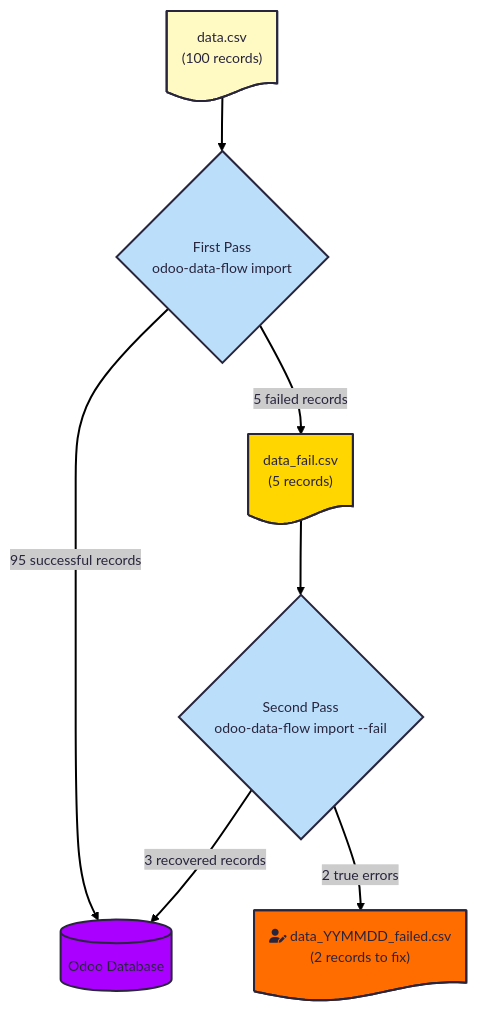
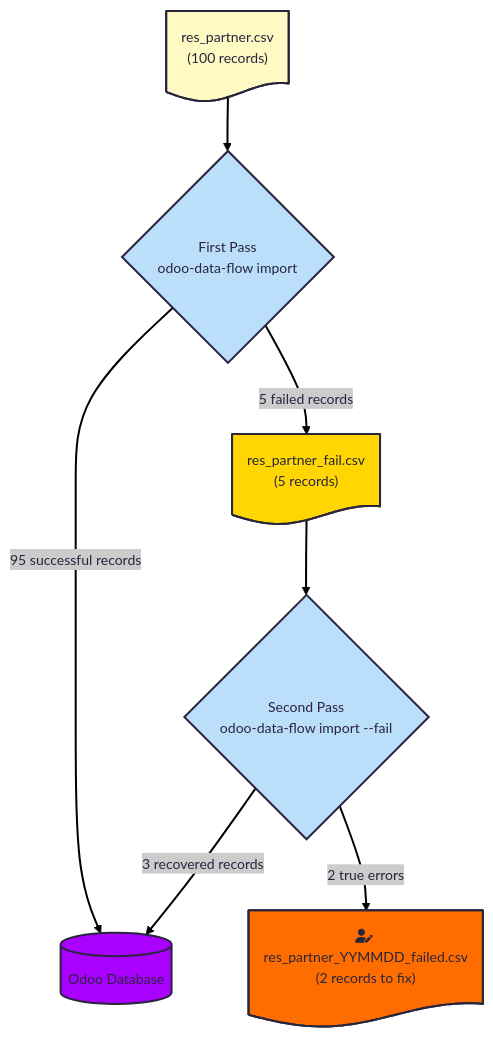
Before and after one commit to bosd/odoo-data-flow: the fourth of 5 diagrams in docs/core_concepts.md, drawn with Mermaid. The commit also changed other lines of this file and 7 other files, not shown here.

````diff
--- a/docs/core_concepts.md
+++ b/docs/core_concepts.md
@@ -159,25 +170,25 @@
 ```{mermaid}
 ---
 config:
   theme: redux
 ---
 flowchart TD
-    A["data.csv<br>(100 records)"] --> B{"First Pass<br>odoo-data-flow import"}
+    A["res_partner.csv<br>(100 records)"] --> B{"First Pass<br>odoo-data-flow import"}
     B -- 95 successful records --> C["Odoo Database"]
-    B -- 5 failed records --> D["data_fail.csv<br>(5 records)"]
+    B -- 5 failed records --> D["res_partner_fail.csv<br>(5 records)"]
     D --> E{"Second Pass<br>odoo-data-flow import --fail"}
     E -- 3 recovered records --> C
-    E -- 2 true errors --> F["fa:fa-user-edit data_YYMMDD_failed.csv<br>(2 records to fix)"]
+    E -- 2 true errors --> F["fa:fa-user-edit res_partner_YYMMDD_failed.csv<br>(2 records to fix)"]
 
     A@{ shape: doc}
     C@{ shape: cyl}
     D@{ shape: doc}
     F@{ shape: doc}
     style A fill:#FFF9C4
     style B fill:#BBDEFB
     style C fill:#AA00FF
     style D fill:#FFD600
     style E fill:#BBDEFB
     style F fill:#FF6D00
 
 ```
````
